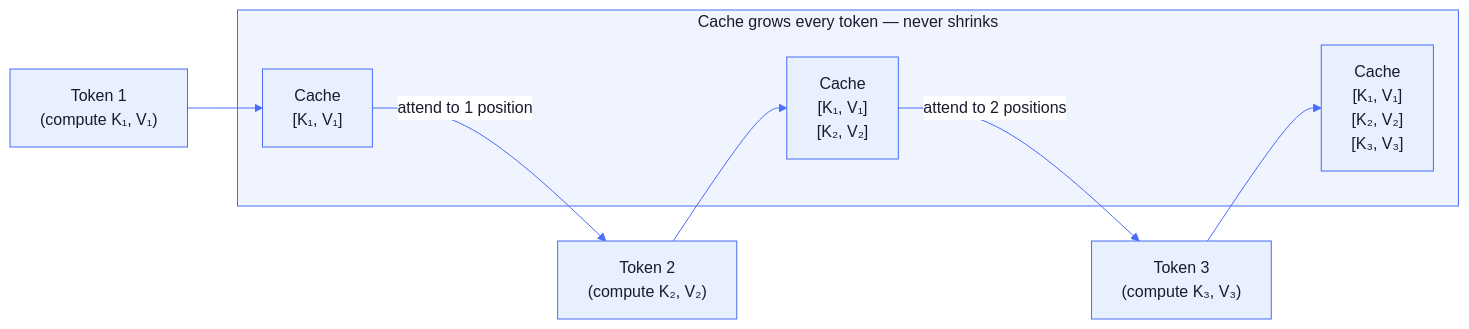
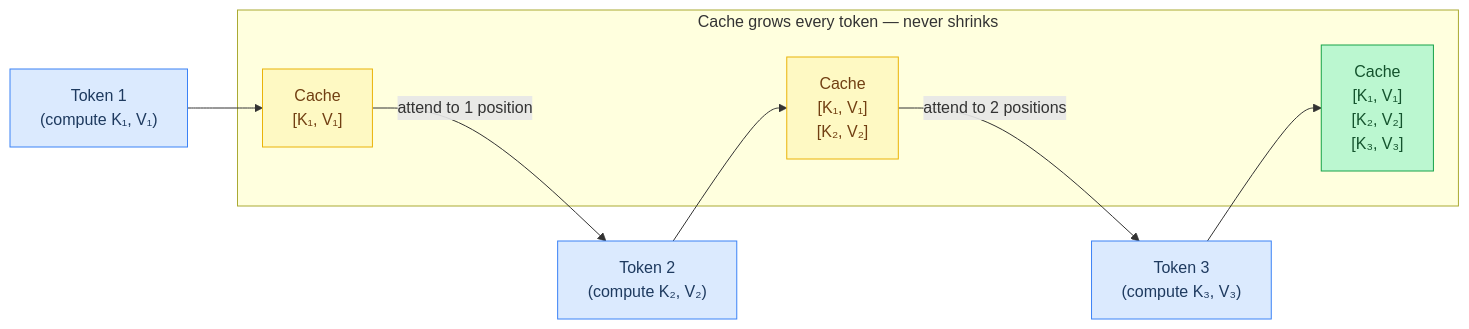
One commit to maci0/agave changed the first of 5 diagrams in docs/tutorial/05-memory-and-caching.md. Above: the diagram before and after it, drawn with Mermaid. The commit also changed other lines of this file and 24 other files, not shown here.

First line of the commit message:
docs: convert all mermaid diagrams to classDef semantic colors

````diff
--- a/docs/tutorial/05-memory-and-caching.md
+++ b/docs/tutorial/05-memory-and-caching.md
@@ -9,31 +9,29 @@
 ```mermaid
-%%{init: {'theme': 'base', 'themeVariables': {
-  'primaryColor': '#e8f0fe',
-  'primaryTextColor': '#1a1a2e',
-  'primaryBorderColor': '#4a6cf7',
-  'lineColor': '#4a6cf7',
-  'secondaryColor': '#f0f4ff',
-  'tertiaryColor': '#f8f9ff',
-  'edgeLabelBackground': '#ffffff',
-  'clusterBkg': '#f0f4ff',
-  'clusterBorder': '#4a6cf7',
-  'titleColor': '#1a1a2e',
-  'nodeTextColor': '#1a1a2e',
-  'fontFamily': 'ui-monospace, SFMono-Regular, monospace'
-}}}%%
 flowchart LR
-    T1["Token 1\n(compute K₁, V₁)"] --> C1["Cache\n[K₁, V₁]"]
-    T2["Token 2\n(compute K₂, V₂)"] --> C2["Cache\n[K₁, V₁]\n[K₂, V₂]"]
-    T3["Token 3\n(compute K₃, V₃)"] --> C3["Cache\n[K₁, V₁]\n[K₂, V₂]\n[K₃, V₃]"]
+    classDef setup     fill:#dbeafe,stroke:#3b82f6,color:#1e3a5f
+    classDef sync      fill:#dcfce7,stroke:#22c55e,color:#14532d
+    classDef migration fill:#fef9c3,stroke:#eab308,color:#713f12
+    classDef success   fill:#bbf7d0,stroke:#16a34a,color:#14532d
+    classDef danger    fill:#fee2e2,stroke:#ef4444,color:#7f1d1d
+    classDef optional  fill:#f3e8ff,stroke:#9333ea,color:#581c87
+
+    T1["Token 1\n(compute K₁, V₁)"]:::setup
+    T2["Token 2\n(compute K₂, V₂)"]:::setup
+    T3["Token 3\n(compute K₃, V₃)"]:::setup
+    C1["Cache\n[K₁, V₁]"]:::migration
+    C2["Cache\n[K₁, V₁]\n[K₂, V₂]"]:::migration
+    C3["Cache\n[K₁, V₁]\n[K₂, V₂]\n[K₃, V₃]"]:::success
+
+    T1 --> C1
+    T2 --> C2
+    T3 --> C3
 
     C1 -->|"attend to 1 position"| T2
     C2 -->|"attend to 2 positions"| T3
 
     subgraph Growth["Cache grows every token — never shrinks"]
         C1
         C2
         C3
     end
-
-
 ```
````
